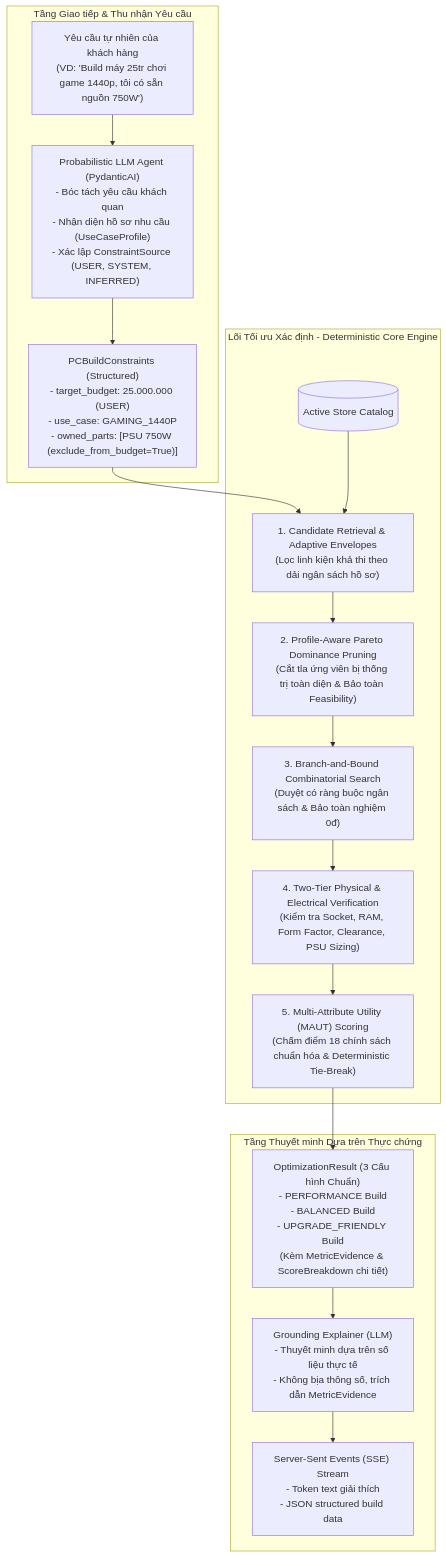
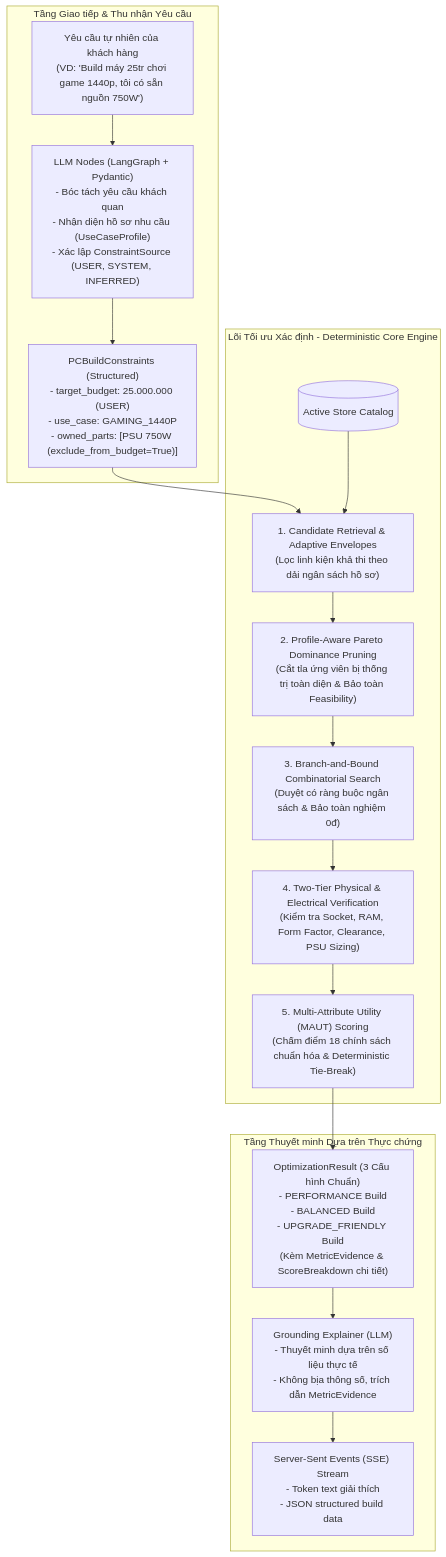
The diagram in SOLUTION.md (pc-shopping-assistant-org/ai-service), drawn with Mermaid before and after one commit. The commit also changed 54 other files, not shown here.

Commit message:
feat(ai): migrate graph runtime to LangGraph and implement stateful contracts baseline

````diff
--- a/SOLUTION.md
+++ b/SOLUTION.md
@@ -93,36 +93,36 @@
 ```mermaid
 flowchart TD
     subgraph UserInterface [Tầng Giao tiếp & Thu nhận Yêu cầu]
         UserPrompt["Yêu cầu tự nhiên của khách hàng\n(VD: 'Build máy 25tr chơi game 1440p, tôi có sẵn nguồn 750W')"]
-        LLMAgent["Probabilistic LLM Agent (PydanticAI)\n- Bóc tách yêu cầu khách quan\n- Nhận diện hồ sơ nhu cầu (UseCaseProfile)\n- Xác lập ConstraintSource (USER, SYSTEM, INFERRED)"]
+        LLMAgent["LLM Nodes (LangGraph + Pydantic)\n- Bóc tách yêu cầu khách quan\n- Nhận diện hồ sơ nhu cầu (UseCaseProfile)\n- Xác lập ConstraintSource (USER, SYSTEM, INFERRED)"]
         Constraints["PCBuildConstraints (Structured)\n- target_budget: 25.000.000 (USER)\n- use_case: GAMING_1440P\n- owned_parts: [PSU 750W (exclude_from_budget=True)]"]
     end
 
     subgraph DeterministicEngine [Lõi Tối ưu Xác định - Deterministic Core Engine]
         Catalog[(Active Store Catalog)]
         
         Step1["1. Candidate Retrieval & Adaptive Envelopes\n(Lọc linh kiện khả thi theo dải ngân sách hồ sơ)"]
         Step2["2. Profile-Aware Pareto Dominance Pruning\n(Cắt tỉa ứng viên bị thống trị toàn diện & Bảo toàn Feasibility)"]
         Step3["3. Branch-and-Bound Combinatorial Search\n(Duyệt có ràng buộc ngân sách & Bảo toàn nghiệm 0đ)"]
         Step4["4. Two-Tier Physical & Electrical Verification\n(Kiểm tra Socket, RAM, Form Factor, Clearance, PSU Sizing)"]
         Step5["5. Multi-Attribute Utility (MAUT) Scoring\n(Chấm điểm 18 chính sách chuẩn hóa & Deterministic Tie-Break)"]
     end
 
     subgraph GroundedExplanation [Tầng Thuyết minh Dựa trên Thực chứng]
         RankedResult["OptimizationResult (3 Cấu hình Chuẩn)\n- PERFORMANCE Build\n- BALANCED Build\n- UPGRADE_FRIENDLY Build\n(Kèm MetricEvidence & ScoreBreakdown chi tiết)"]
         ExplainerAgent["Grounding Explainer (LLM)\n- Thuyết minh dựa trên số liệu thực tế\n- Không bịa thông số, trích dẫn MetricEvidence"]
         SSEStream["Server-Sent Events (SSE) Stream\n- Token text giải thích\n- JSON structured build data"]
     end
 
     UserPrompt --> LLMAgent
     LLMAgent --> Constraints
     Constraints --> Step1
     Catalog --> Step1
     Step1 --> Step2
     Step2 --> Step3
     Step3 --> Step4
     Step4 --> Step5
     Step5 --> RankedResult
     RankedResult --> ExplainerAgent
     ExplainerAgent --> SSEStream
 ```
````
